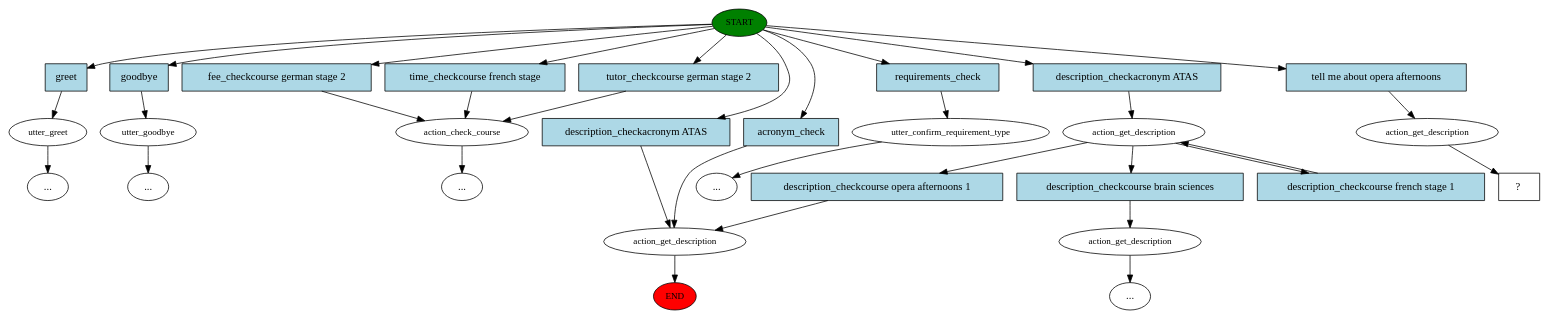
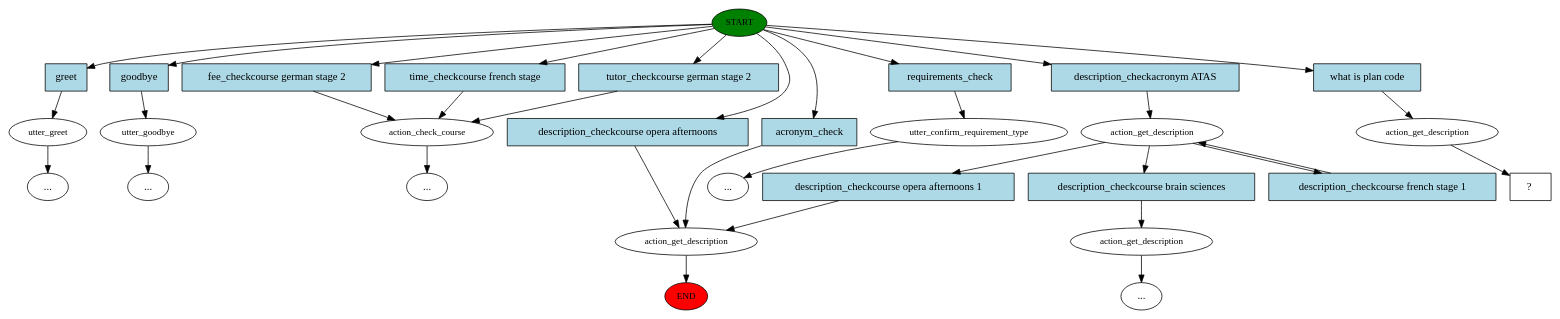
Before and after one commit to leonore/ugenie: the diagram in chat-service/model/story_graph.dot, drawn with Graphviz. The commit also changed 2 other files, not shown here.

```diff
--- a/chat-service/model/story_graph.dot
+++ b/chat-service/model/story_graph.dot
@@ -1,64 +1,64 @@
 digraph  {
 0 [class="start active", fillcolor=green, fontsize=12, label=START, style=filled];
 "-1" [class=end, fillcolor=red, fontsize=12, label=END, style=filled];
 1 [class="", fontsize=12, label=utter_greet];
 2 [class="", fontsize=12, label=utter_goodbye];
 "-4" [class=ellipsis, label="..."];
 3 [class="", fontsize=12, label=action_check_course];
 7 [class="", fontsize=12, label=action_get_description];
 11 [class="", fontsize=12, label=utter_confirm_requirement_type];
 "-11" [class=ellipsis, label="..."];
 14 [class="", fontsize=12, label=action_get_description];
 18 [class="", fontsize=12, label=action_get_description];
 "-14" [class=ellipsis, label="..."];
 "-16" [class=ellipsis, label="..."];
 "-19" [class=ellipsis, label="..."];
-27 [class=active, fontsize=12, label=action_get_description];
-28 [class="intent dashed active", label="  ?  ", shape=rect];
-29 [class=intent, fillcolor=lightblue, label=greet, shape=rect, style=filled];
-30 [class=intent, fillcolor=lightblue, label=goodbye, shape=rect, style=filled];
-31 [class=intent, fillcolor=lightblue, label="fee_checkcourse german stage 2", shape=rect, style=filled];
-32 [class=intent, fillcolor=lightblue, label="time_checkcourse french stage", shape=rect, style=filled];
-33 [class=intent, fillcolor=lightblue, label="tutor_checkcourse german stage 2", shape=rect, style=filled];
-34 [class=intent, fillcolor=lightblue, label="description_checkacronym ATAS", shape=rect, style=filled];
-35 [class=intent, fillcolor=lightblue, label=acronym_check, shape=rect, style=filled];
-36 [class=intent, fillcolor=lightblue, label=requirements_check, shape=rect, style=filled];
-37 [class=intent, fillcolor=lightblue, label="description_checkacronym ATAS", shape=rect, style=filled];
-38 [class="intent active", fillcolor=lightblue, label="tell me about opera afternoons", shape=rect, style=filled];
-39 [class=intent, fillcolor=lightblue, label="description_checkcourse opera afternoons 1", shape=rect, style=filled];
-40 [class=intent, fillcolor=lightblue, label="description_checkcourse brain sciences", shape=rect, style=filled];
-41 [class=intent, fillcolor=lightblue, label="description_checkcourse french stage 1", shape=rect, style=filled];
-0 -> 29  [class="", key=0];
+28 [class=active, fontsize=12, label=action_get_description];
+29 [class="intent dashed active", label="  ?  ", shape=rect];
+30 [class=intent, fillcolor=lightblue, label=greet, shape=rect, style=filled];
+31 [class=intent, fillcolor=lightblue, label=goodbye, shape=rect, style=filled];
+32 [class=intent, fillcolor=lightblue, label="fee_checkcourse german stage 2", shape=rect, style=filled];
+33 [class=intent, fillcolor=lightblue, label="time_checkcourse french stage", shape=rect, style=filled];
+34 [class=intent, fillcolor=lightblue, label="tutor_checkcourse german stage 2", shape=rect, style=filled];
+35 [class=intent, fillcolor=lightblue, label="description_checkcourse opera afternoons", shape=rect, style=filled];
+36 [class=intent, fillcolor=lightblue, label=acronym_check, shape=rect, style=filled];
+37 [class=intent, fillcolor=lightblue, label=requirements_check, shape=rect, style=filled];
+38 [class=intent, fillcolor=lightblue, label="description_checkacronym ATAS", shape=rect, style=filled];
+39 [class="intent active", fillcolor=lightblue, label="what is plan code", shape=rect, style=filled];
+40 [class=intent, fillcolor=lightblue, label="description_checkcourse opera afternoons 1", shape=rect, style=filled];
+41 [class=intent, fillcolor=lightblue, label="description_checkcourse brain sciences", shape=rect, style=filled];
+42 [class=intent, fillcolor=lightblue, label="description_checkcourse french stage 1", shape=rect, style=filled];
 0 -> 30  [class="", key=0];
 0 -> 31  [class="", key=0];
 0 -> 32  [class="", key=0];
 0 -> 33  [class="", key=0];
 0 -> 34  [class="", key=0];
 0 -> 35  [class="", key=0];
 0 -> 36  [class="", key=0];
 0 -> 37  [class="", key=0];
-0 -> 38  [class=active, key=0];
+0 -> 38  [class="", key=0];
+0 -> 39  [class=active, key=0];
 1 -> "-19"  [class="", key=NONE, label=""];
 2 -> "-4"  [class="", key=NONE, label=""];
 3 -> "-16"  [class="", key=NONE, label=""];
 7 -> "-1"  [class="", key=NONE, label=""];
 11 -> "-11"  [class="", key=NONE, label=""];
-14 -> 39  [class="", key=0];
 14 -> 40  [class="", key=0];
 14 -> 41  [class="", key=0];
+14 -> 42  [class="", key=0];
 18 -> "-14"  [class="", key=NONE, label=""];
-27 -> 28  [class=active, key=NONE, label=""];
-29 -> 1  [class="", key=0];
-30 -> 2  [class="", key=0];
-31 -> 3  [class="", key=0];
+28 -> 29  [class=active, key=NONE, label=""];
+30 -> 1  [class="", key=0];
+31 -> 2  [class="", key=0];
 32 -> 3  [class="", key=0];
 33 -> 3  [class="", key=0];
-34 -> 7  [class="", key=0];
+34 -> 3  [class="", key=0];
 35 -> 7  [class="", key=0];
-36 -> 11  [class="", key=0];
-37 -> 14  [class="", key=0];
-38 -> 27  [class=active, key=0];
-39 -> 7  [class="", key=0];
-40 -> 18  [class="", key=0];
-41 -> 14  [class="", key=0];
+36 -> 7  [class="", key=0];
+37 -> 11  [class="", key=0];
+38 -> 14  [class="", key=0];
+39 -> 28  [class=active, key=0];
+40 -> 7  [class="", key=0];
+41 -> 18  [class="", key=0];
+42 -> 14  [class="", key=0];
 }
```
